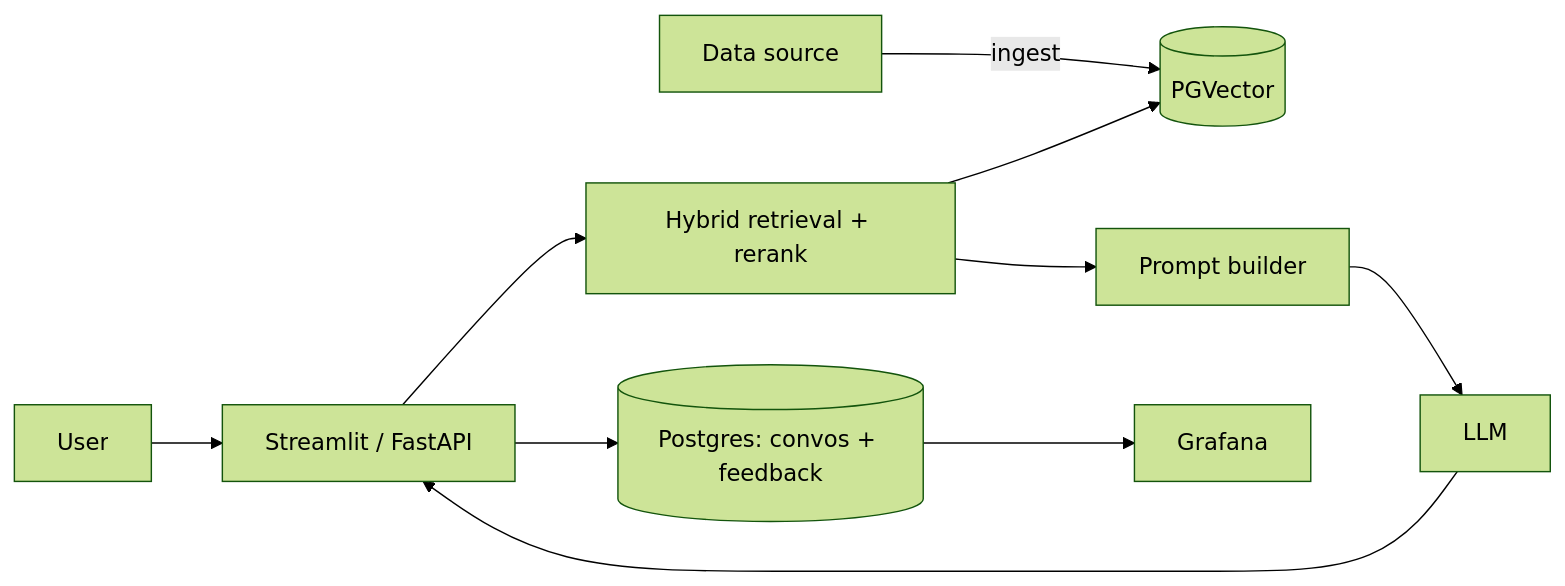
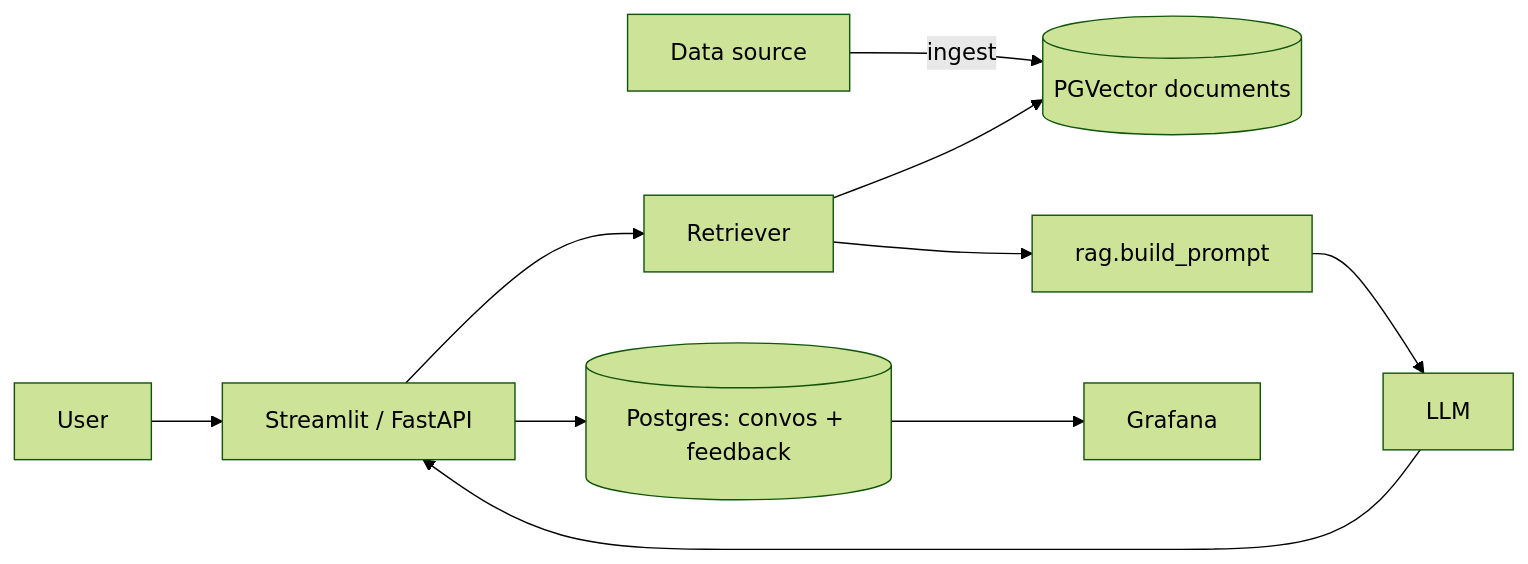
One commit to Jacobsadi/rag-assistant changed the third of 3 diagrams in docs/architecture.md. Above: the diagram before and after it, drawn with Mermaid (forest theme). The commit also changed other lines of this file and 18 other files, not shown here.

````diff
--- a/docs/architecture.md
+++ b/docs/architecture.md
@@ -20,11 +89,11 @@
 ```mermaid
 flowchart LR
-  A[Data source] -->|ingest| B[(PGVector)]
+  A[Data source] -->|ingest| B[(PGVector documents)]
   Q[User] --> UI[Streamlit / FastAPI]
-  UI --> R[Hybrid retrieval + rerank]
+  UI --> R[Retriever]
   R --> B
-  R --> P[Prompt builder] --> LLM
+  R --> P[rag.build_prompt] --> LLM
   LLM --> UI
   UI --> DB[(Postgres: convos + feedback)]
   DB --> G[Grafana]
 ```
````
